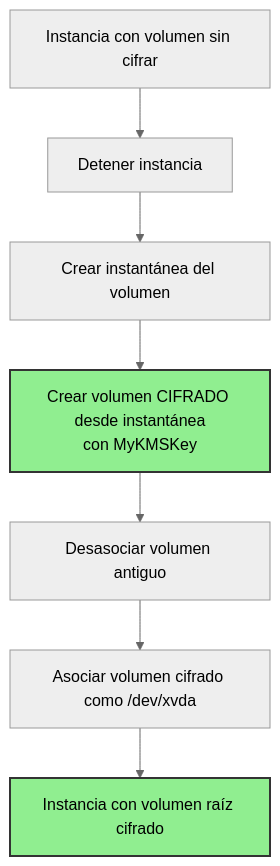
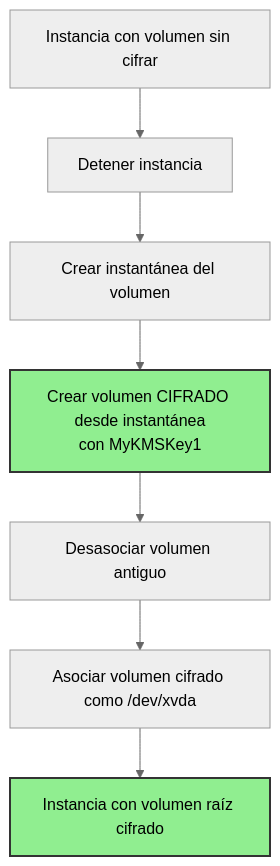
The diagram in README.md (mgguevara-security/aws-kms-cifrado-en-reposo), drawn with Mermaid (neutral theme) before and after one commit. The commit also changed other lines of this file, not shown here.

````diff
--- a/README.md
+++ b/README.md
@@ -606,12 +606,12 @@
 ```mermaid
 graph TD
     A[Instancia con volumen sin cifrar] --> B[Detener instancia]
     B --> C[Crear instantánea del volumen]
-    C --> D[Crear volumen CIFRADO desde instantánea<br/>con MyKMSKey]
+    C --> D[Crear volumen CIFRADO desde instantánea<br/>con MyKMSKey1]
     D --> E[Desasociar volumen antiguo]
     E --> F[Asociar volumen cifrado como /dev/xvda]
     F --> G[Instancia con volumen raíz cifrado]
 
     style D fill:#90EE90,stroke:#333,stroke-width:2px
     style G fill:#90EE90,stroke:#333,stroke-width:2px
 ```
````
